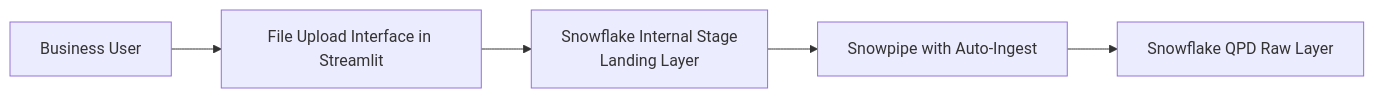
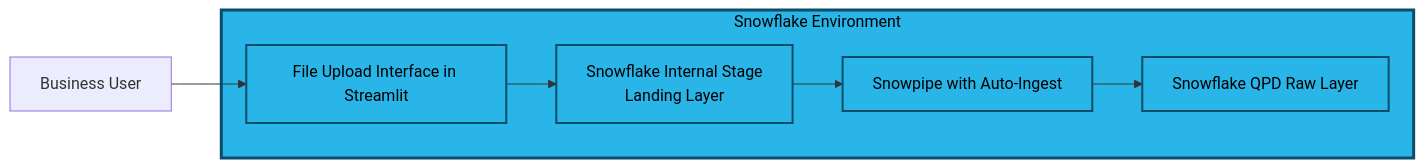
One commit to sfc-gh-mhindi/REPO_CBA changed the eighth of 22 diagrams in 15-BB-QPD Future State/QPD - Future State.md. Above: the diagram before and after it, drawn with Mermaid. The commit also changed other lines of this file, not shown here.

Commit message:
Update QPD - Future State.md

````diff
--- a/15-BB-QPD Future State/QPD - Future State.md
+++ b/15-BB-QPD Future State/QPD - Future State.md
@@ -529,7 +579,22 @@
 ```mermaid
 graph LR
-    User[Business User] --> Upload[File Upload Interface in Streamlit]
-    Upload --> SF_Internal[Snowflake Internal Stage<br/>Landing Layer]
-    SF_Internal --> Snowpipe[Snowpipe with Auto-Ingest]
-    Snowpipe --> SF_Raw[Snowflake QPD Raw Layer]
+    User[Business User]
+    
+    subgraph Snowflake["Snowflake Environment"]
+        Upload[File Upload Interface in Streamlit]
+        SF_Internal[Snowflake Internal Stage<br/>Landing Layer]
+        Snowpipe[Snowpipe with Auto-Ingest]
+        SF_Raw[Snowflake QPD Raw Layer]
+    end
+    
+    User --> Upload
+    Upload --> SF_Internal
+    SF_Internal --> Snowpipe
+    Snowpipe --> SF_Raw
+    
+    style Snowflake fill:#29b5e8,stroke:#0c4d6b,stroke-width:3px,color:#000
+    style Upload fill:#29b5e8,stroke:#0c4d6b,stroke-width:2px,color:#000
+    style SF_Internal fill:#29b5e8,stroke:#0c4d6b,stroke-width:2px,color:#000
+    style Snowpipe fill:#29b5e8,stroke:#0c4d6b,stroke-width:2px,color:#000
+    style SF_Raw fill:#29b5e8,stroke:#0c4d6b,stroke-width:2px,color:#000
 ```
````
